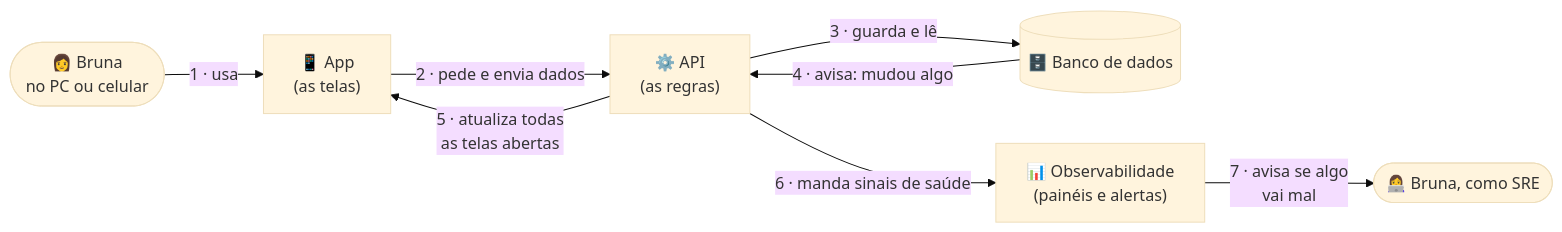
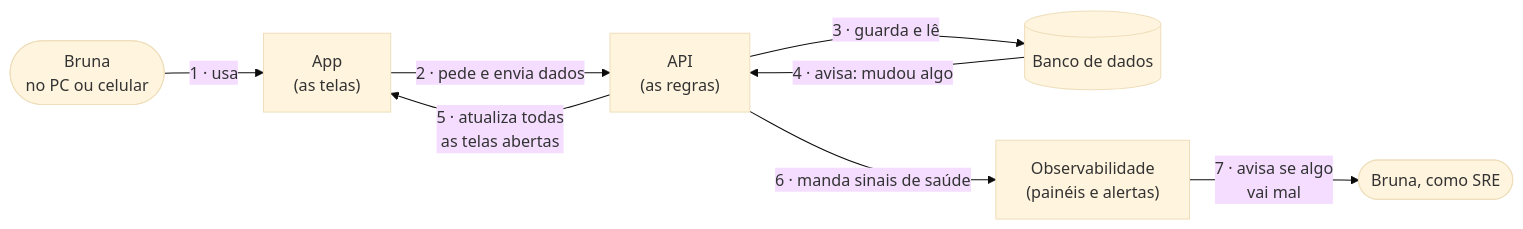
Before and after one commit to BrunaFranca/vida-da-bruna-api: the first of 3 diagrams in README.md, drawn with Mermaid (base theme).

Commit message:
docs: diagrama sem emojis

````diff
--- a/README.md
+++ b/README.md
@@ -11,10 +11,10 @@
 ```mermaid
 flowchart LR
-  U(["👩 Bruna<br/>no PC ou celular"]) -- "1 · usa" --> APP["📱 App<br/>(as telas)"]
-  APP -- "2 · pede e envia dados" --> API["⚙️ API<br/>(as regras)"]
-  API -- "3 · guarda e lê" --> DB[("🗄️ Banco de dados")]
+  U(["Bruna<br/>no PC ou celular"]) -- "1 · usa" --> APP["App<br/>(as telas)"]
+  APP -- "2 · pede e envia dados" --> API["API<br/>(as regras)"]
+  API -- "3 · guarda e lê" --> DB[("Banco de dados")]
   DB -- "4 · avisa: mudou algo" --> API
   API -- "5 · atualiza todas<br/>as telas abertas" --> APP
-  API -- "6 · manda sinais de saúde" --> OBS["📊 Observabilidade<br/>(painéis e alertas)"]
-  OBS -- "7 · avisa se algo<br/>vai mal" --> SRE(["👩‍💻 Bruna, como SRE"])
+  API -- "6 · manda sinais de saúde" --> OBS["Observabilidade<br/>(painéis e alertas)"]
+  OBS -- "7 · avisa se algo<br/>vai mal" --> SRE(["Bruna, como SRE"])
 ```
````
